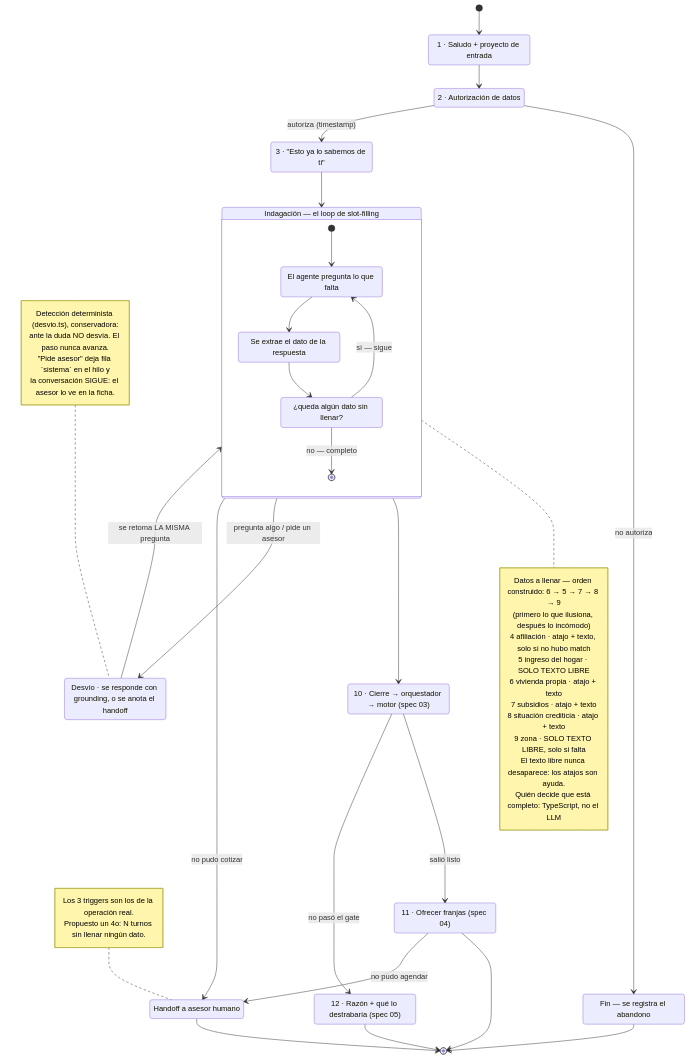
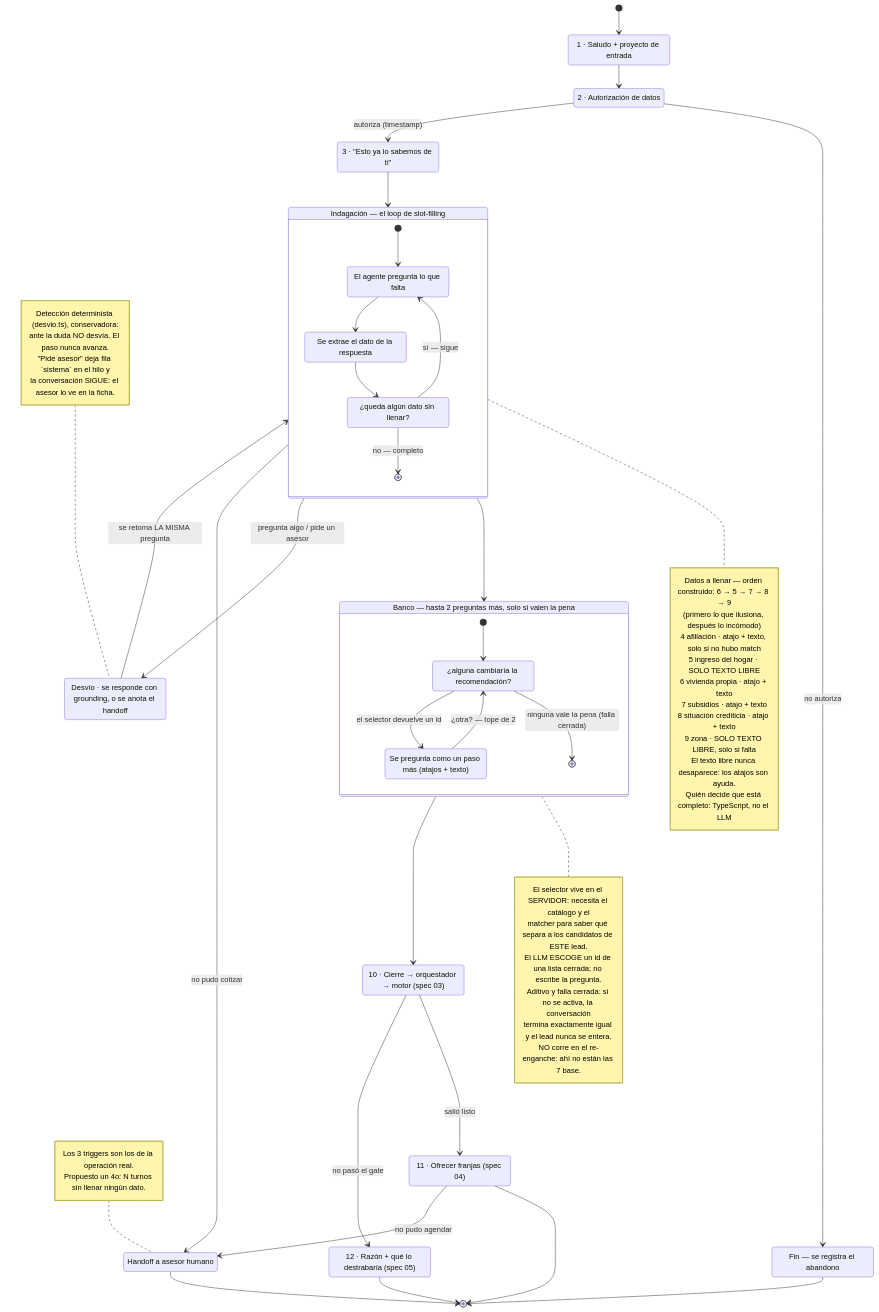
One commit to hackathon-30x-colsubsidio/mvp-reto-vivienda changed the diagram in docs/specs/diagramas/02-conversador.md. Above: the diagram before and after it, drawn with Mermaid. The commit also changed 10 other files, not shown here.

```diff
--- a/docs/specs/diagramas/02-conversador.md
+++ b/docs/specs/diagramas/02-conversador.md
@@ -50,7 +50,28 @@
         Quién decide que está completo: TypeScript, no el LLM
     end note
 
-    Indagacion --> Cierre
+    Indagacion --> Banco
+
+    state "Banco — hasta 2 preguntas más, solo si valen la pena" as Banco {
+        direction TB
+        [*] --> Consulta
+        Consulta: ¿alguna cambiaría la recomendación?
+        Consulta --> Preguntar: el selector devuelve un id
+        Consulta --> [*]: ninguna vale la pena (falla cerrada)
+        Preguntar: Se pregunta como un paso más (atajos + texto)
+        Preguntar --> Consulta: ¿otra? — tope de 2
+    }
+
+    note right of Banco
+        El selector vive en el SERVIDOR: necesita el catálogo y el
+        matcher para saber qué separa a los candidatos de ESTE lead.
+        El LLM ESCOGE un id de una lista cerrada; no escribe la pregunta.
+        Aditivo y falla cerrada: si no se activa, la conversación
+        termina exactamente igual y el lead nunca se entera.
+        NO corre en el re-enganche: ahí no están las 7 base.
+    end note
+
+    Banco --> Cierre
 
     Cierre: 10 · Cierre → orquestador → motor (spec 03)
     Cierre --> Agenda: salió listo
```
